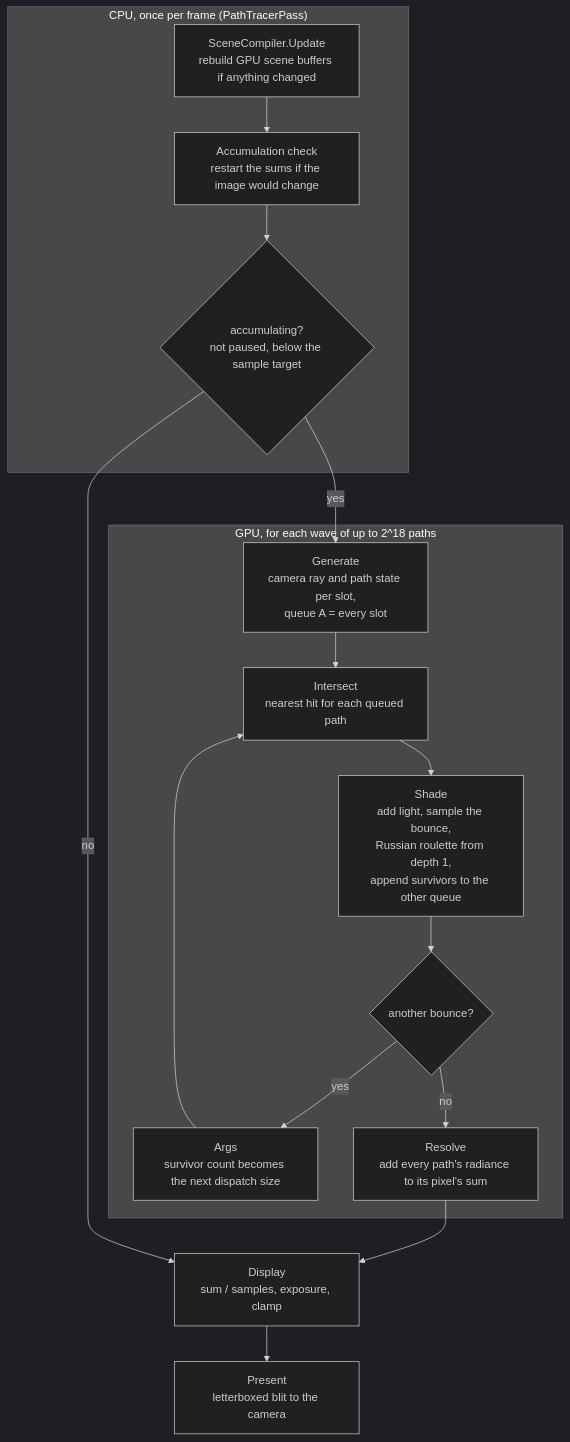
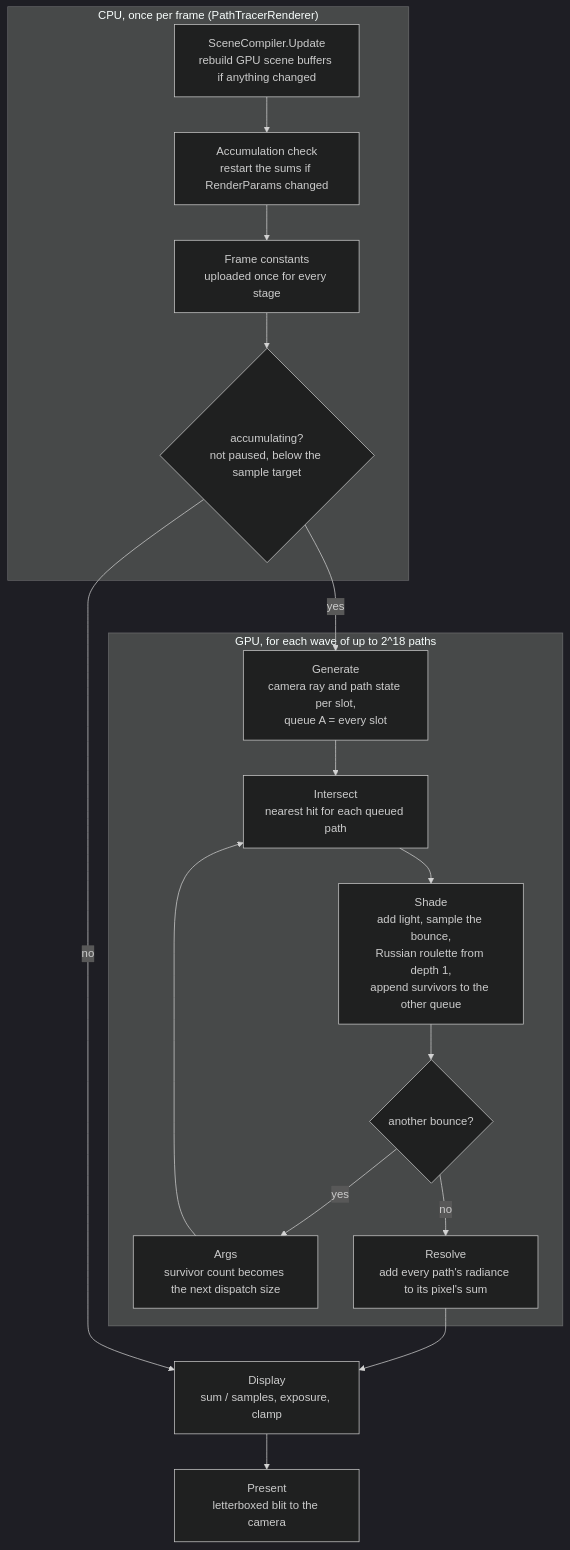
Before and after one commit to Privnoval016/SpectralPathTracer: the diagram in Assets/SpectralPathTracer/Runtime/Rendering/README.md, drawn with Mermaid (dark theme). The commit also changed other lines of this file and 34 other files, not shown here.

First line of the commit message:
refactor(rendering): add RenderParams and one frame constant buffer

````diff
--- a/Assets/SpectralPathTracer/Runtime/Rendering/README.md
+++ b/Assets/SpectralPathTracer/Runtime/Rendering/README.md
@@ -6,26 +7,27 @@
 ```mermaid
 flowchart TD
-    subgraph CPU["CPU, once per frame (PathTracerPass)"]
+    subgraph CPU["CPU, once per frame (PathTracerRenderer)"]
         scene["SceneCompiler.Update<br/>rebuild GPU scene buffers if anything changed"]
-        reset["Accumulation check<br/>restart the sums if the image would change"]
+        reset["Accumulation check<br/>restart the sums if RenderParams changed"]
+        constants["Frame constants<br/>uploaded once for every stage"]
         decide{"accumulating?<br/>not paused, below the sample target"}
-        scene --> reset --> decide
+        scene --> reset --> constants --> decide
     end
 
     subgraph WAVE["GPU, for each wave of up to 2^18 paths"]
         gen["Generate<br/>camera ray and path state per slot,<br/>queue A = every slot"]
         isect["Intersect<br/>nearest hit for each queued path"]
         shade["Shade<br/>add light, sample the bounce,<br/>Russian roulette from depth 1,<br/>append survivors to the other queue"]
         more{"another bounce?"}
         args["Args<br/>survivor count becomes the next dispatch size"]
         resolve["Resolve<br/>add every path's radiance to its pixel's sum"]
         gen --> isect --> shade --> more
         more -- yes --> args --> isect
         more -- no --> resolve
     end
 
     decide -- yes --> gen
     resolve --> display
     decide -- no --> display
     display["Display<br/>sum / samples, exposure, clamp"] --> present["Present<br/>letterboxed blit to the camera"]
 ```
````
